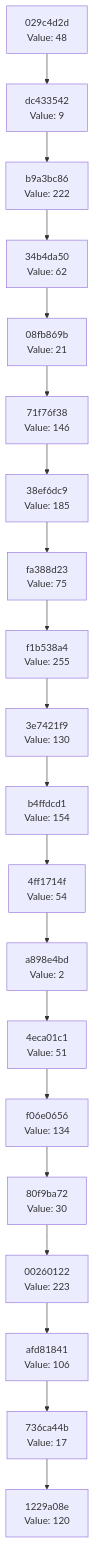
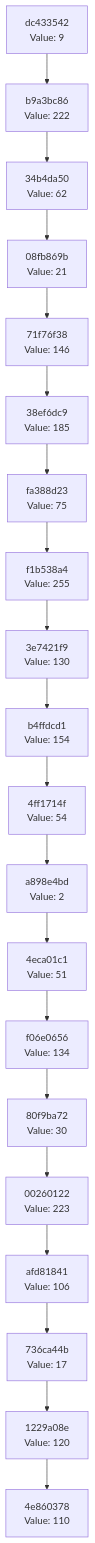
Before and after one commit to Abhisheksinha1506/hash-chain-evolver: the diagram in docs/CHAIN_VISUALIZATION.md, drawn with Mermaid. The commit also changed 2 other files, not shown here.

Commit message:
Evolution step: hash 0x6E → action executed

````diff
--- a/docs/CHAIN_VISUALIZATION.md
+++ b/docs/CHAIN_VISUALIZATION.md
@@ -3,42 +3,42 @@
 ```mermaid
 graph TD
-    C0["1229a08e<br/>Value: 120"]
-    C1["736ca44b<br/>Value: 17"]
+    C0["4e860378<br/>Value: 110"]
+    C1["1229a08e<br/>Value: 120"]
     C1 --> C0
-    C2["afd81841<br/>Value: 106"]
+    C2["736ca44b<br/>Value: 17"]
     C2 --> C1
-    C3["00260122<br/>Value: 223"]
+    C3["afd81841<br/>Value: 106"]
     C3 --> C2
-    C4["80f9ba72<br/>Value: 30"]
+    C4["00260122<br/>Value: 223"]
     C4 --> C3
-    C5["f06e0656<br/>Value: 134"]
+    C5["80f9ba72<br/>Value: 30"]
     C5 --> C4
-    C6["4eca01c1<br/>Value: 51"]
+    C6["f06e0656<br/>Value: 134"]
     C6 --> C5
-    C7["a898e4bd<br/>Value: 2"]
+    C7["4eca01c1<br/>Value: 51"]
     C7 --> C6
-    C8["4ff1714f<br/>Value: 54"]
+    C8["a898e4bd<br/>Value: 2"]
     C8 --> C7
-    C9["b4ffdcd1<br/>Value: 154"]
+    C9["4ff1714f<br/>Value: 54"]
     C9 --> C8
-    C10["3e7421f9<br/>Value: 130"]
+    C10["b4ffdcd1<br/>Value: 154"]
     C10 --> C9
-    C11["f1b538a4<br/>Value: 255"]
+    C11["3e7421f9<br/>Value: 130"]
     C11 --> C10
-    C12["fa388d23<br/>Value: 75"]
+    C12["f1b538a4<br/>Value: 255"]
     C12 --> C11
-    C13["38ef6dc9<br/>Value: 185"]
+    C13["fa388d23<br/>Value: 75"]
     C13 --> C12
-    C14["71f76f38<br/>Value: 146"]
+    C14["38ef6dc9<br/>Value: 185"]
     C14 --> C13
-    C15["08fb869b<br/>Value: 21"]
+    C15["71f76f38<br/>Value: 146"]
     C15 --> C14
-    C16["34b4da50<br/>Value: 62"]
+    C16["08fb869b<br/>Value: 21"]
     C16 --> C15
-    C17["b9a3bc86<br/>Value: 222"]
+    C17["34b4da50<br/>Value: 62"]
     C17 --> C16
-    C18["dc433542<br/>Value: 9"]
+    C18["b9a3bc86<br/>Value: 222"]
     C18 --> C17
-    C19["029c4d2d<br/>Value: 48"]
+    C19["dc433542<br/>Value: 9"]
     C19 --> C18
 ```
````
